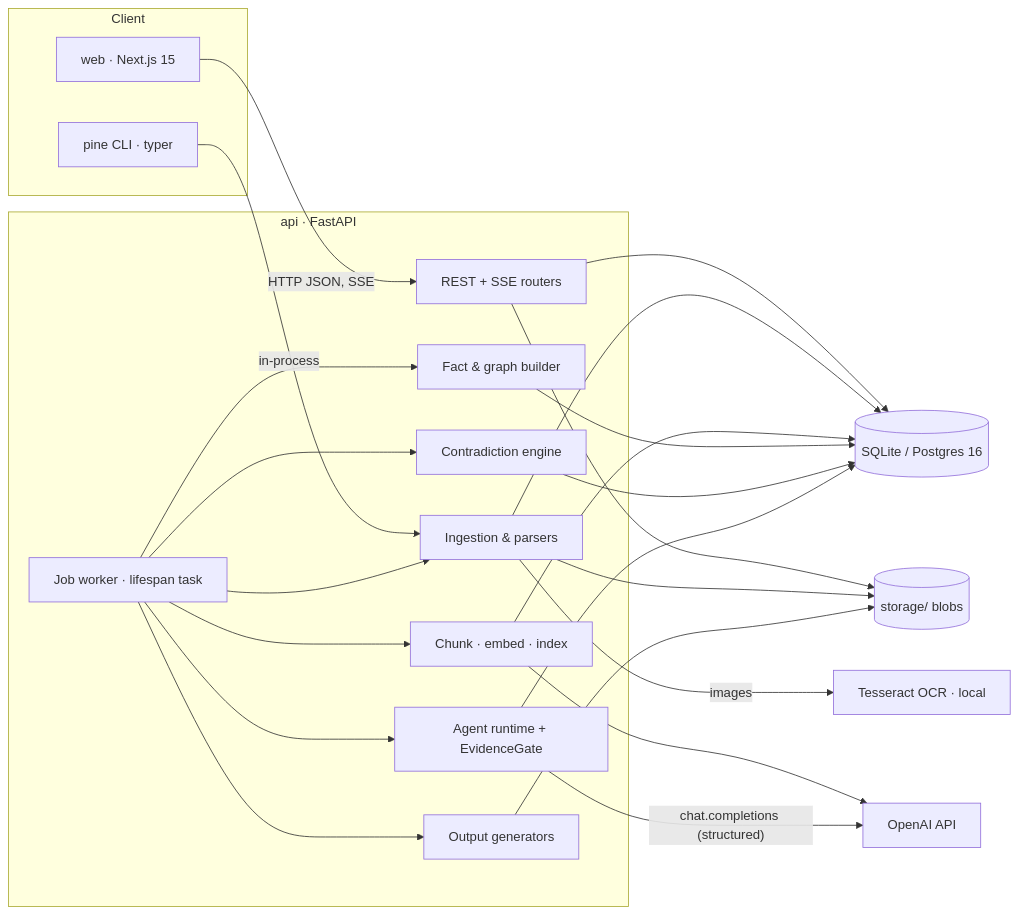
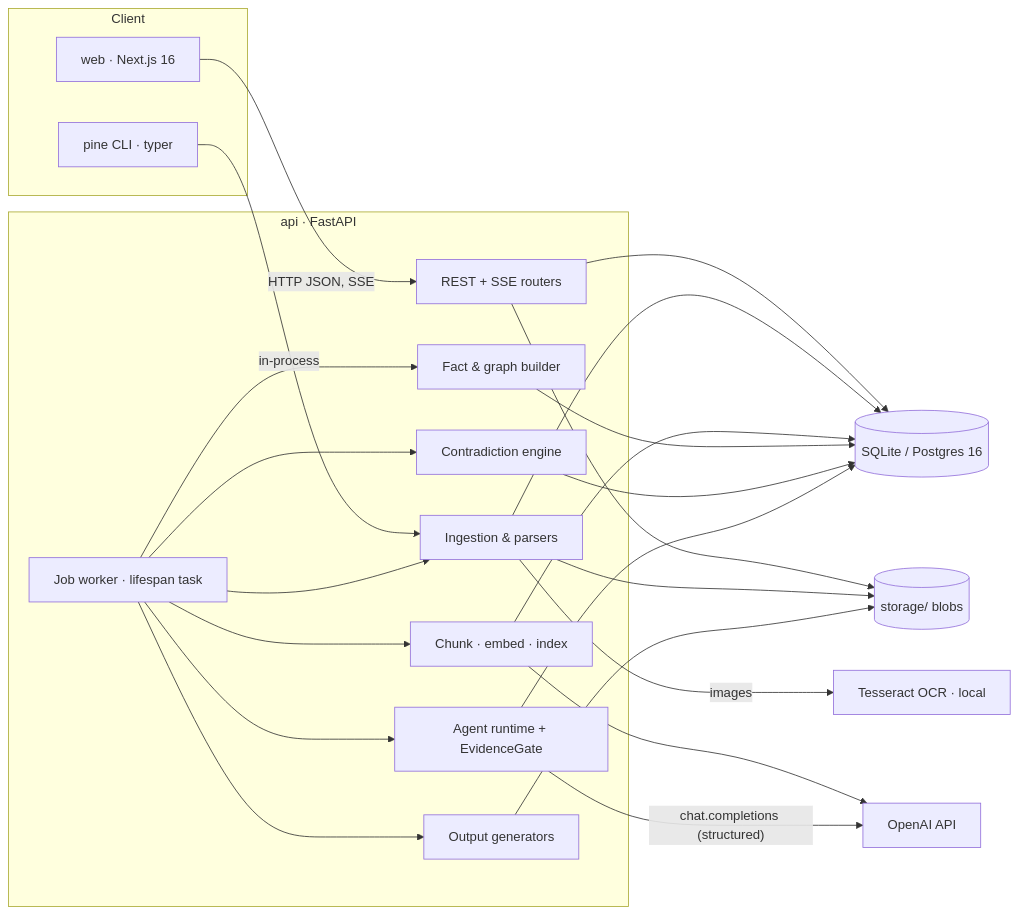
One commit to rayhankhilji/pine changed the first of 4 diagrams in ARCHITECTURE.md. Above: the diagram before and after it, drawn with Mermaid.

Commit message:
docs: fix Next.js version in architecture diagram

````diff
--- a/ARCHITECTURE.md
+++ b/ARCHITECTURE.md
@@ -9,36 +9,36 @@
 ```mermaid
 flowchart LR
   subgraph Client
-    W[web · Next.js 15]
+    W[web · Next.js 16]
     CLI[pine CLI · typer]
   end
   subgraph Engine["api · FastAPI"]
     R[REST + SSE routers]
     WK[Job worker · lifespan task]
     ING[Ingestion & parsers]
     IDX[Chunk · embed · index]
     KG[Fact & graph builder]
     CE[Contradiction engine]
     AG[Agent runtime + EvidenceGate]
     OUT[Output generators]
   end
   DB[(SQLite / Postgres 16)]
   FS[(storage/ blobs)]
   OAI[OpenAI API]
   TESS[Tesseract OCR · local]
 
   W -- "HTTP JSON, SSE" --> R
   CLI -- "in-process" --> ING
   R --> DB
   R --> FS
   WK --> ING --> FS
   ING --> DB
   WK --> IDX --> OAI
   IDX --> DB
   WK --> KG --> DB
   WK --> CE --> DB
   WK --> AG -- "chat.completions (structured)" --> OAI
   AG --> DB
   WK --> OUT --> FS
   ING -- "images" --> TESS
 ```
````
